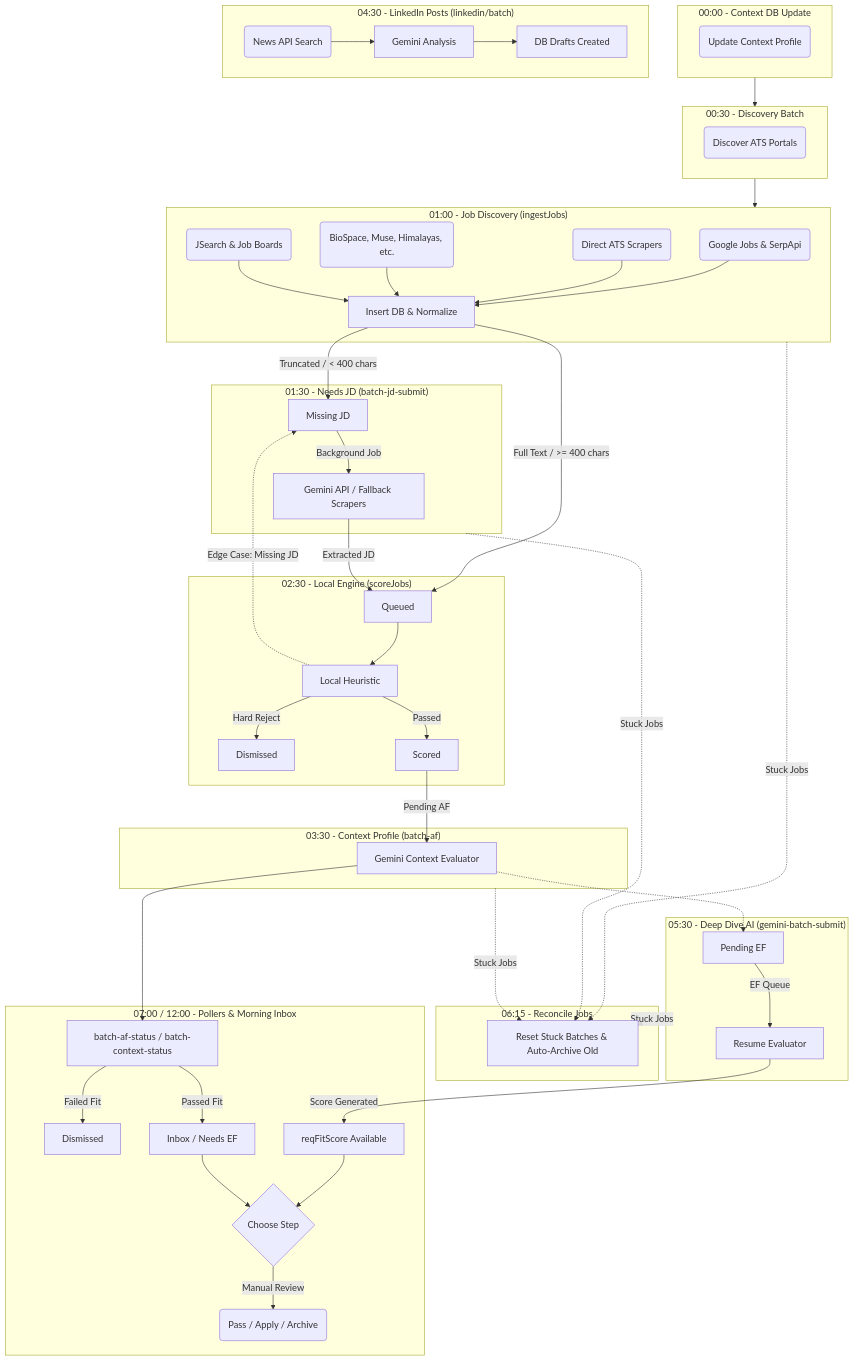
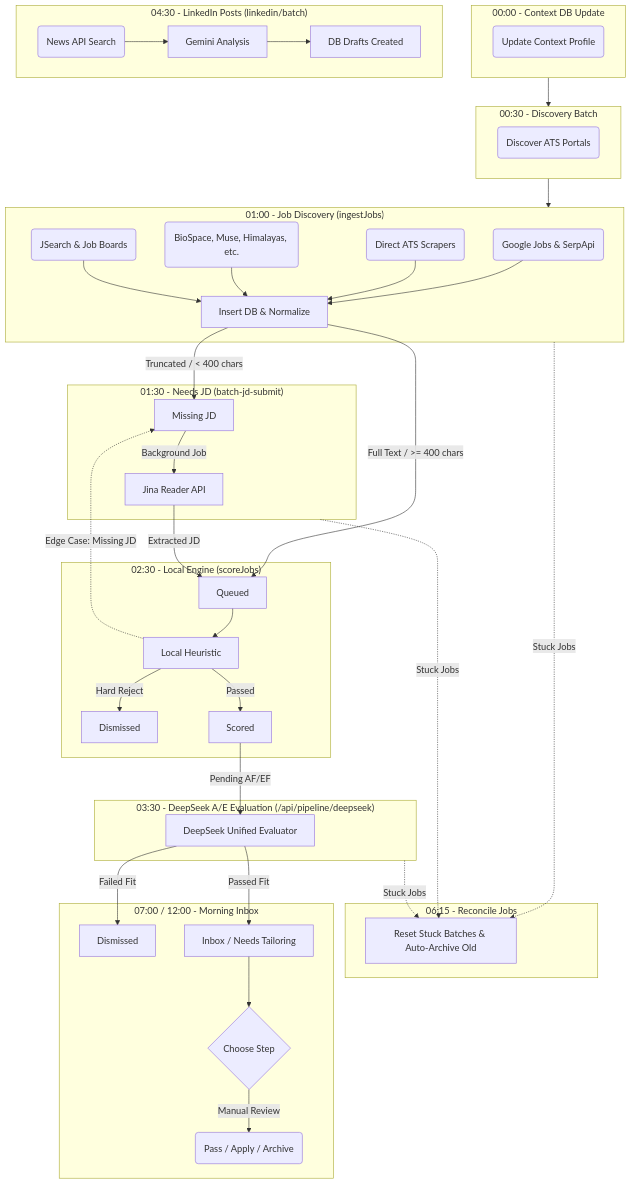
The diagram in README.md (j85473/career-dashboard), drawn with Mermaid before and after one commit. The commit also changed other lines of this file and 14 other files, not shown here.

Commit message:
Refactor: remove legacy fitCategory and map scoring logic to new AI schema

````diff
--- a/README.md
+++ b/README.md
@@ -36,7 +36,7 @@
     
     %% JD Batch
     subgraph JDBatch ["01:30 - Needs JD (batch-jd-submit)"]
-        NJD[Missing JD] -->|Background Job| G[Gemini API / Fallback Scrapers]
+        NJD[Missing JD] -->|Background Job| G[Jina Reader API]
     end
 
     %% Local Engine
@@ -46,9 +46,9 @@
         C -->|Passed| E[Scored]
     end
 
-    %% Aim Fit / Context Profile
-    subgraph AimFit ["03:30 - Context Profile (batch-af)"]
-        E -->|Pending AF| H[Gemini Context Evaluator]
+    %% DeepSeek Unified Fit Evaluation
+    subgraph DeepSeekFit ["03:30 - DeepSeek A/E Evaluation (/api/pipeline/deepseek)"]
+        E -->|Pending AF/EF| H[DeepSeek Unified Evaluator]
     end
 
     %% LinkedIn Drafts
@@ -57,26 +57,17 @@
         LI2 --> LI3[DB Drafts Created]
     end
 
-    %% Experience Fit
-    subgraph ExperienceFit ["05:30 - Deep Dive AI (gemini-batch-submit)"]
-        J_PENDING[Pending EF] -->|EF Queue| K[Resume Evaluator]
-    end
-
     %% Reconciliation
     subgraph Reconciliation ["06:15 - Reconcile Jobs"]
         REC[Reset Stuck Batches & Auto-Archive Old]
     end
 
-    %% Morning Inbox & Polling
-    subgraph Inbox ["07:00 / 12:00 - Pollers & Morning Inbox"]
-        POLL[batch-af-status / batch-context-status]
-        H --> POLL
-        POLL -->|Failed Fit| I[Dismissed]
-        POLL -->|Passed Fit| J[Inbox / Needs EF]
-        K -->|Score Generated| L[reqFitScore Available]
+    %% Morning Inbox
+    subgraph Inbox ["07:00 / 12:00 - Morning Inbox"]
+        H -->|Failed Fit| I[Dismissed]
+        H -->|Passed Fit| J[Inbox / Needs Tailoring]
         
-        L --> N{Choose Step}
-        J --> N
+        J --> N{Choose Step}
         N -->|Manual Review| M(Pass / Apply / Archive)
     end
 
@@ -87,9 +78,7 @@
     A -->|Full Text / >= 400 chars| Q
     G -->|Extracted JD| Q
     C -.->|Edge Case: Missing JD| NJD
-    H -.-> J_PENDING
     Ingestion -.->|Stuck Jobs| REC
     JDBatch -.->|Stuck Jobs| REC
-    AimFit -.->|Stuck Jobs| REC
-    ExperienceFit -.->|Stuck Jobs| REC
+    DeepSeekFit -.->|Stuck Jobs| REC
 ```
````
